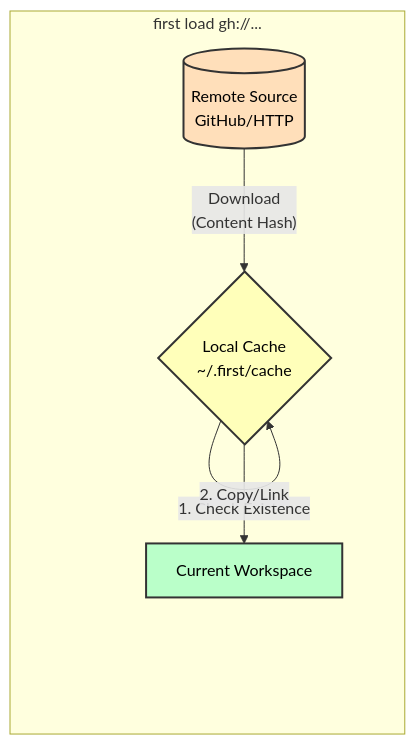
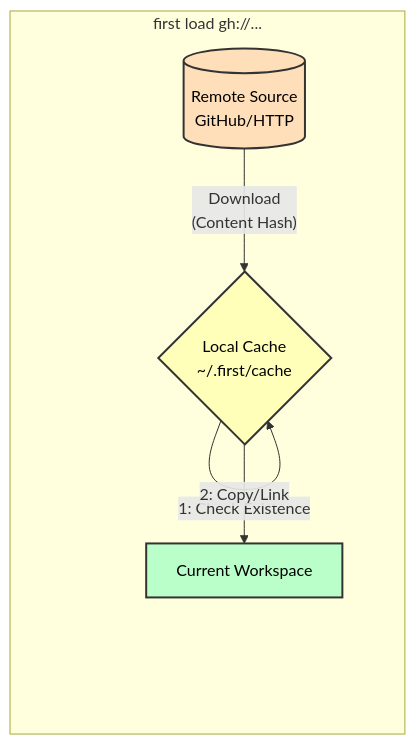
One commit to oswaldo/first changed the diagram in docs/guides/remote-contexts.md. Above: the diagram before and after it, drawn with Mermaid. The commit also changed 1 other file, not shown here.

Commit message:
refactor: simplify architecture and refine diagrams

````diff
--- a/docs/guides/remote-contexts.md
+++ b/docs/guides/remote-contexts.md
@@ -27,17 +27,17 @@
 ```mermaid
 flowchart LR
     Remote[(Remote Source<br/>GitHub/HTTP)]
     Cache{Local Cache<br/>~/.first/cache}
     Workspace[Current Workspace]
 
     subgraph "first load gh://..."
     direction TB
     Remote -- "Download<br/>(Content Hash)" --> Cache
-    Cache -- "1. Check Existence" --> Cache
-    Cache -- "2. Copy/Link" --> Workspace
+    Cache -- "1: Check Existence" --> Cache
+    Cache -- "2: Copy/Link" --> Workspace
     end
 
     style Remote fill:#ffdfba,stroke:#333,stroke-width:2px,color:#000
     style Workspace fill:#baffc9,stroke:#333,stroke-width:2px,color:#000
     style Cache fill:#ffffba,stroke:#333,stroke-width:2px,color:#000
 ```
````
